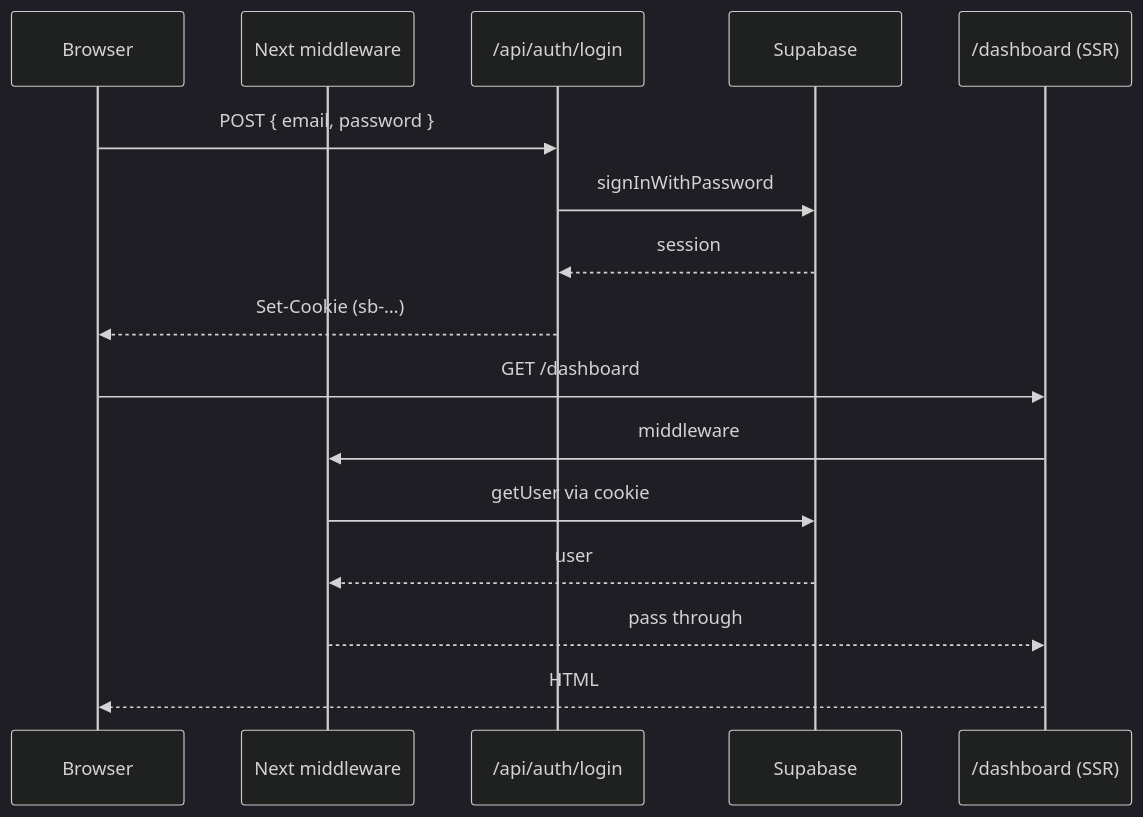
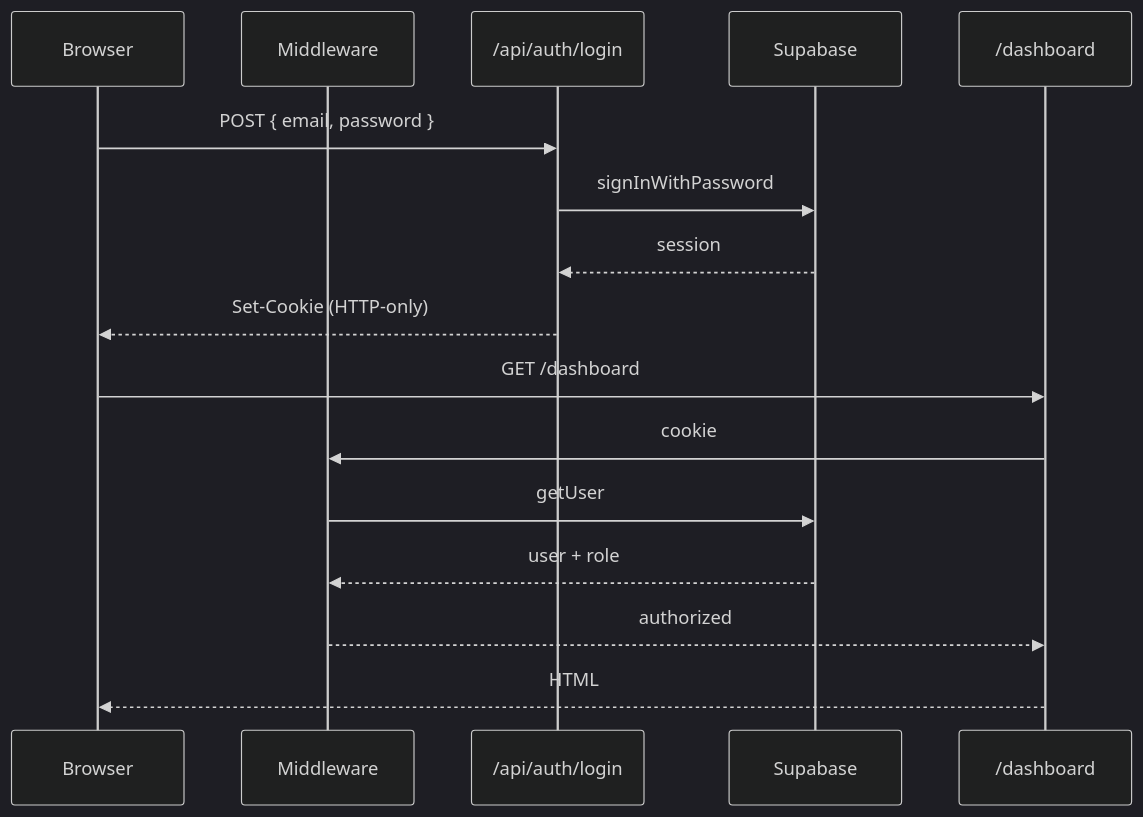
One commit to Steven1823/AI-agent-for-security changed the third of 3 diagrams in README.md. Above: the diagram before and after it, drawn with Mermaid (dark theme). The commit also changed other lines of this file, not shown here.

Commit message:
Implement new feature for user authentication and improve error handling

````diff
--- a/README.md
+++ b/README.md
@@ -329,19 +209,19 @@
 ```mermaid
 sequenceDiagram
-  participant B as Browser
-  participant M as Next middleware
-  participant API as /api/auth/login
-  participant SB as Supabase
-  participant P as /dashboard (SSR)
+    participant B as Browser
+    participant M as Middleware
+    participant API as /api/auth/login
+    participant SB as Supabase
+    participant D as /dashboard
 
-  B->>API: POST { email, password }
-  API->>SB: signInWithPassword
-  SB-->>API: session
-  API-->>B: Set-Cookie (sb-…)
-  B->>P: GET /dashboard
-  P->>M: middleware
-  M->>SB: getUser via cookie
-  SB-->>M: user
-  M-->>P: pass through
-  P-->>B: HTML
+    B->>API: POST { email, password }
+    API->>SB: signInWithPassword
+    SB-->>API: session
+    API-->>B: Set-Cookie (HTTP-only)
+    B->>D: GET /dashboard
+    D->>M: cookie
+    M->>SB: getUser
+    SB-->>M: user + role
+    M-->>D: authorized
+    D-->>B: HTML
 ```
````
